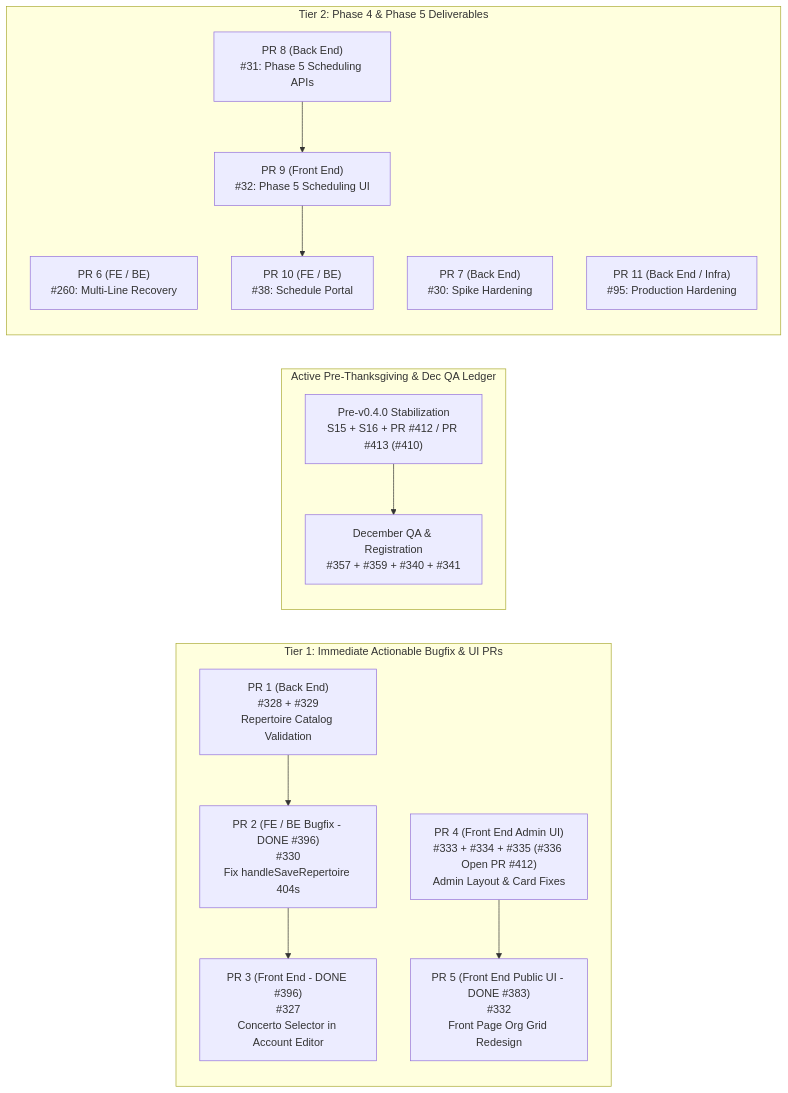
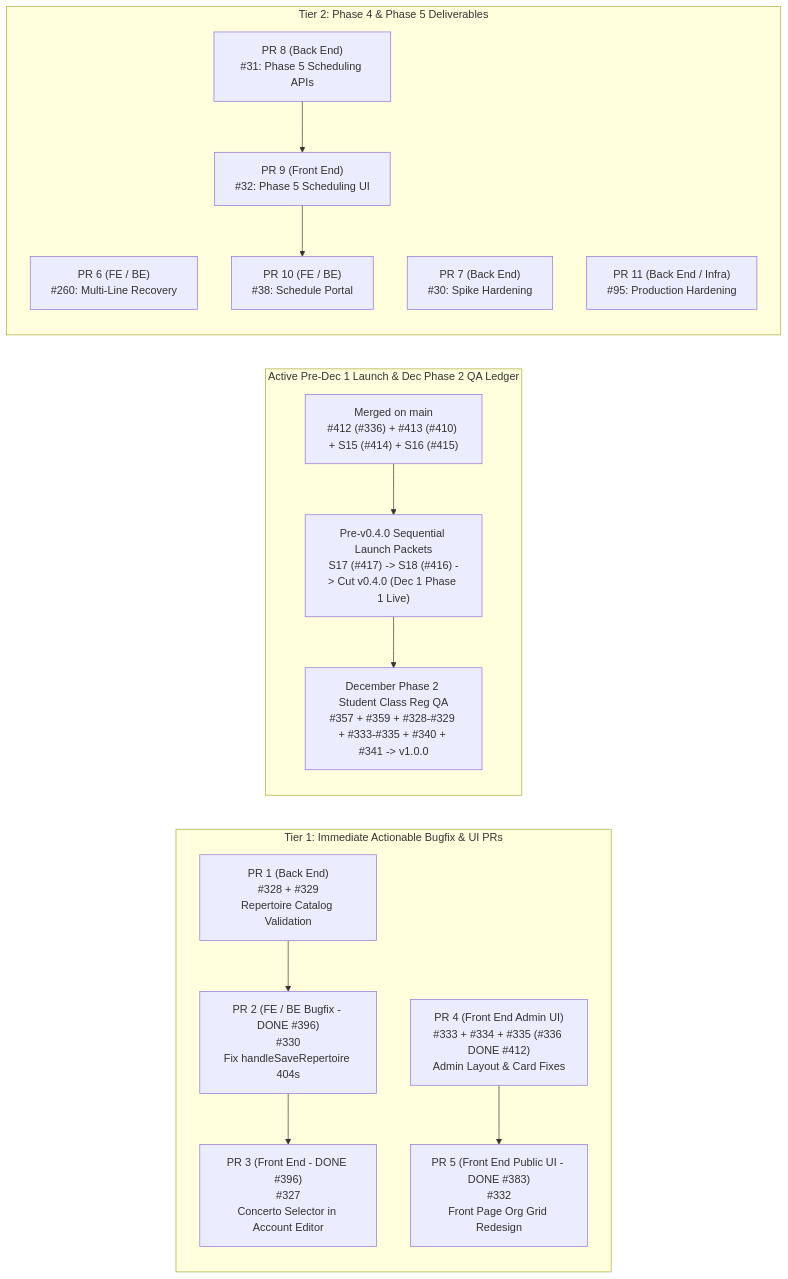
One commit to angelaqingx/Festival changed the diagram in docs/issue-pr-roadmap.md. Above: the diagram before and after it, drawn with Mermaid. The commit also changed other lines of this file and 7 other files, not shown here.

````diff
--- a/docs/issue-pr-roadmap.md
+++ b/docs/issue-pr-roadmap.md
@@ -114,28 +123,29 @@
 ```mermaid
 flowchart LR
   subgraph Tier1["Tier 1: Immediate Actionable Bugfix & UI PRs"]
     PR1["PR 1 (Back End)<br/>#328 + #329<br/>Repertoire Catalog Validation"]
     PR2["PR 2 (FE / BE Bugfix - DONE #396)<br/>#330<br/>Fix handleSaveRepertoire 404s"]
     PR3["PR 3 (Front End - DONE #396)<br/>#327<br/>Concerto Selector in Account Editor"]
-    PR4["PR 4 (Front End Admin UI)<br/>#333 + #334 + #335 (#336 Open PR #412)<br/>Admin Layout & Card Fixes"]
+    PR4["PR 4 (Front End Admin UI)<br/>#333 + #334 + #335 (#336 DONE #412)<br/>Admin Layout & Card Fixes"]
     PR5["PR 5 (Front End Public UI - DONE #383)<br/>#332<br/>Front Page Org Grid Redesign"]
     PR1 --> PR2 --> PR3
     PR4 --> PR5
   end
 
-  subgraph Active["Active Pre-Thanksgiving & Dec QA Ledger"]
-    S15S16["Pre-v0.4.0 Stabilization<br/>S15 + S16 + PR #412 / PR #413 (#410)"]
-    DecQA["December QA & Registration<br/>#357 + #359 + #340 + #341"]
-    S15S16 --> DecQA
+  subgraph Active["Active Pre-Dec 1 Launch & Dec Phase 2 QA Ledger"]
+    DoneW4["Merged on main<br/>#412 (#336) + #413 (#410) + S15 (#414) + S16 (#415)"]
+    S17S18["Pre-v0.4.0 Sequential Launch Packets<br/>S17 (#417) -> S18 (#416) -> Cut v0.4.0 (Dec 1 Phase 1 Live)"]
+    DecQA["December Phase 2 Student Class Reg QA<br/>#357 + #359 + #328-#329 + #333-#335 + #340 + #341 -> v1.0.0"]
+    DoneW4 --> S17S18 --> DecQA
   end
 
   subgraph Tier2["Tier 2: Phase 4 & Phase 5 Deliverables"]
     PR6["PR 6 (FE / BE)<br/>#260: Multi-Line Recovery"]
     PR7["PR 7 (Back End)<br/>#30: Spike Hardening"]
     PR8["PR 8 (Back End)<br/>#31: Phase 5 Scheduling APIs"]
     PR9["PR 9 (Front End)<br/>#32: Phase 5 Scheduling UI"]
     PR10["PR 10 (FE / BE)<br/>#38: Schedule Portal"]
     PR11["PR 11 (Back End / Infra)<br/>#95: Production Hardening"]
     PR8 --> PR9 --> PR10
   end
 ```
````
